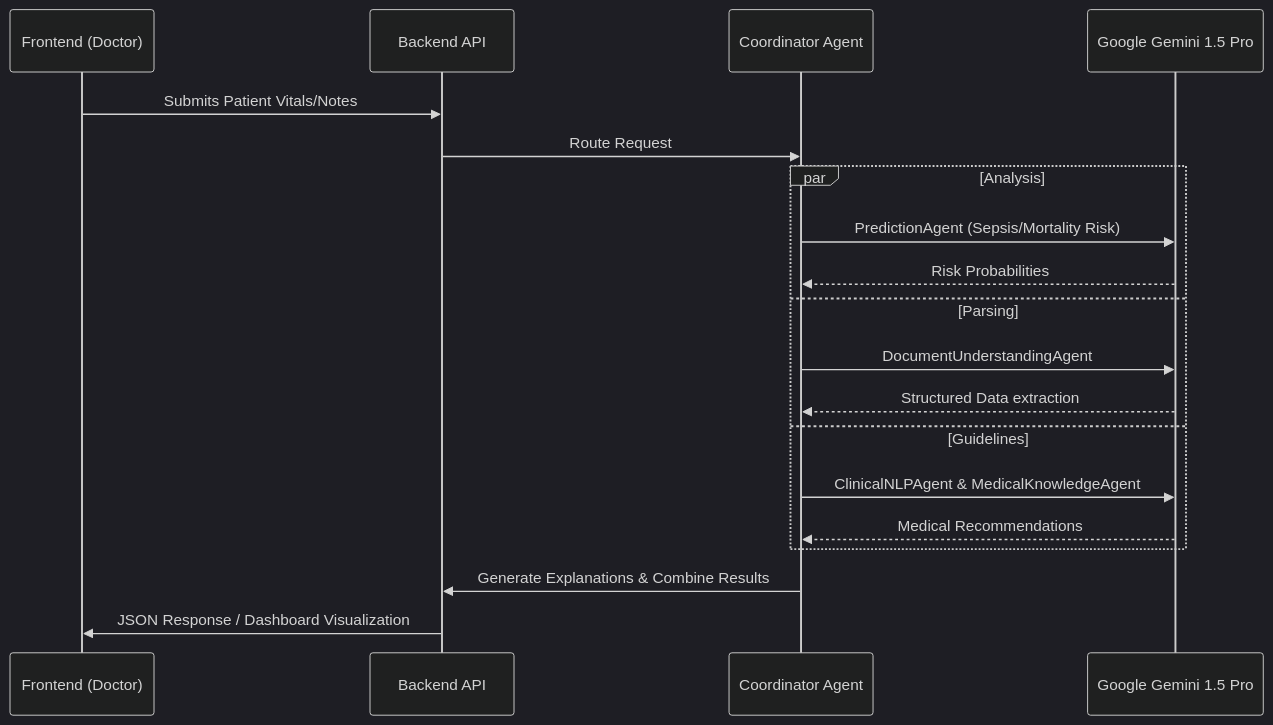
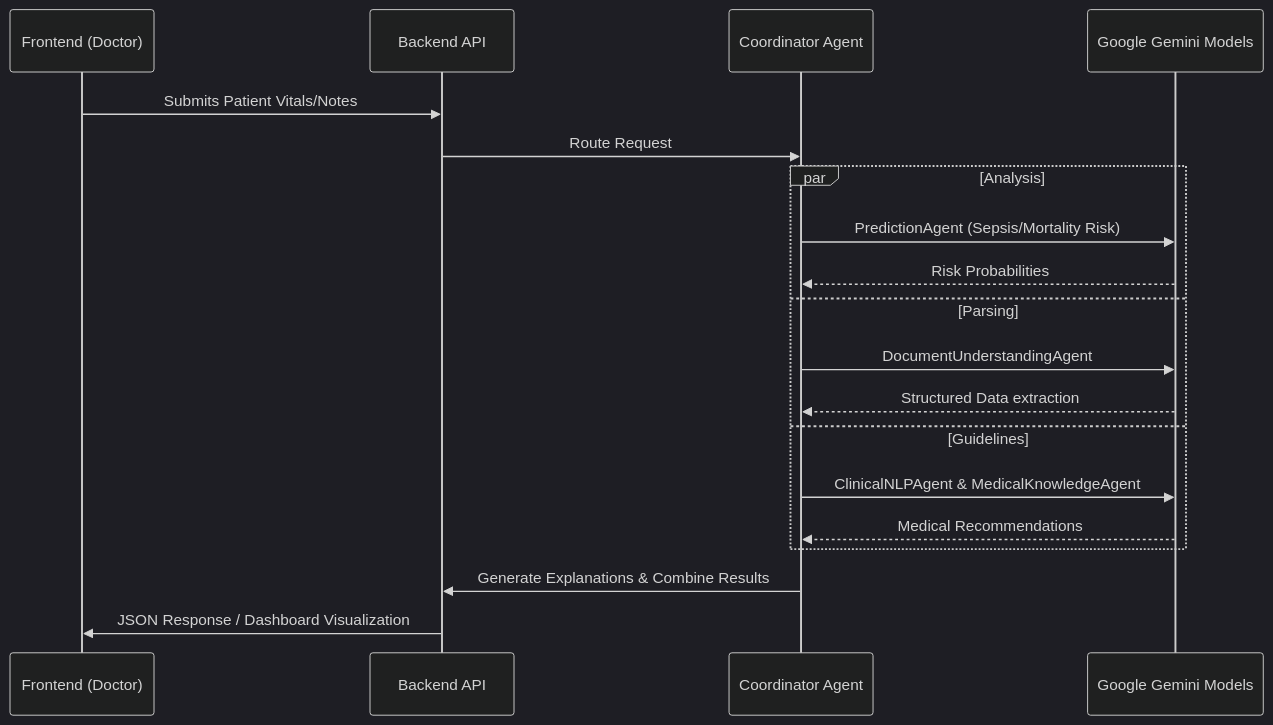
One commit to AbhinavVajinapalli/PraOjas-AI-Agent changed the second of 3 diagrams in README.md. Above: the diagram before and after it, drawn with Mermaid (dark theme).

Commit message:
Update participant name in sequence diagram

````diff
--- a/README.md
+++ b/README.md
@@ -132,24 +132,24 @@
 ```mermaid
 sequenceDiagram
     participant User as Frontend (Doctor)
     participant API as Backend API
     participant Coord as Coordinator Agent
-    participant Gemini as Google Gemini 1.5 Pro
+    participant Gemini as Google Gemini Models
     
     User->>API: Submits Patient Vitals/Notes
     API->>Coord: Route Request
     
     par Analysis
         Coord->>Gemini: PredictionAgent (Sepsis/Mortality Risk)
         Gemini-->>Coord: Risk Probabilities
     and Parsing
         Coord->>Gemini: DocumentUnderstandingAgent
         Gemini-->>Coord: Structured Data extraction
     and Guidelines
         Coord->>Gemini: ClinicalNLPAgent & MedicalKnowledgeAgent
         Gemini-->>Coord: Medical Recommendations
     end
     
     Coord->>API: Generate Explanations & Combine Results
     API->>User: JSON Response / Dashboard Visualization
 ```
````
